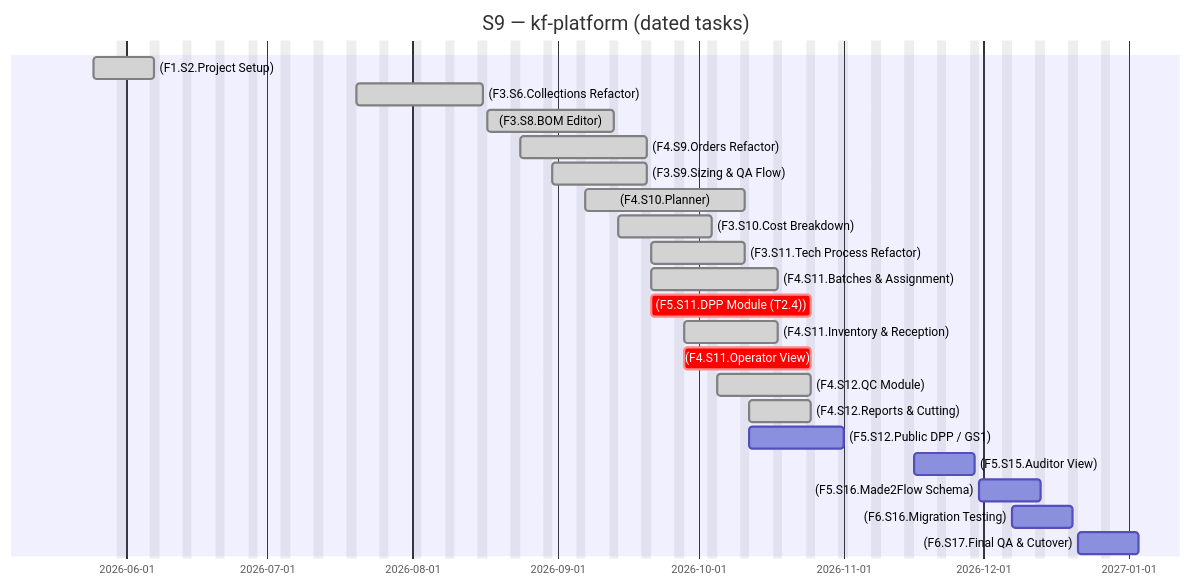
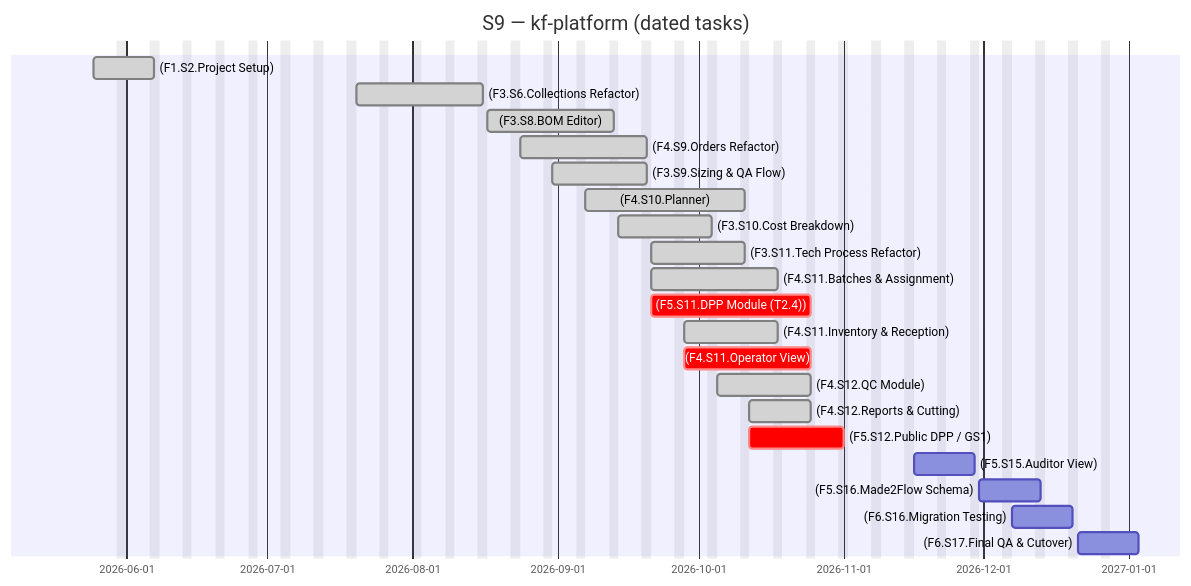
One commit to Katty-Fashion/kf-cpto changed the second of 2 diagrams in docs/_projects/kf-platform.md. Above: the diagram before and after it, drawn with Mermaid. The commit also changed other lines of this file and 16 other files, not shown here.

````diff
--- a/docs/_projects/kf-platform.md
+++ b/docs/_projects/kf-platform.md
@@ -97,26 +97,26 @@
 ```mermaid
 gantt
     title S9 — kf-platform (dated tasks)
     dateFormat YYYY-MM-DD
     excludes weekends
 
     (F1.S2.Project Setup) :done, 2026-05-25, 2026-06-07
     (F3.S6.Collections Refactor) :done, 2026-07-20, 2026-08-16
     (F3.S8.BOM Editor) :done, 2026-08-17, 2026-09-13
     (F4.S9.Orders Refactor) :done, 2026-08-24, 2026-09-20
     (F3.S9.Sizing & QA Flow) :done, 2026-08-31, 2026-09-20
     (F4.S10.Planner) :done, 2026-09-07, 2026-10-11
     (F3.S10.Cost Breakdown) :done, 2026-09-14, 2026-10-04
     (F3.S11.Tech Process Refactor) :done, 2026-09-21, 2026-10-11
     (F4.S11.Batches & Assignment) :done, 2026-09-21, 2026-10-18
     (F5.S11.DPP Module (T2.4)) :crit, 2026-09-21, 2026-10-25
     (F4.S11.Inventory & Reception) :done, 2026-09-28, 2026-10-18
     (F4.S11.Operator View) :crit, 2026-09-28, 2026-10-25
     (F4.S12.QC Module) :done, 2026-10-05, 2026-10-25
     (F4.S12.Reports & Cutting) :done, 2026-10-12, 2026-10-25
-    (F5.S12.Public DPP / GS1) :2026-10-12, 2026-11-01
+    (F5.S12.Public DPP / GS1) :crit, 2026-10-12, 2026-11-01
     (F5.S15.Auditor View) :2026-11-16, 2026-11-29
     (F5.S16.Made2Flow Schema) :2026-11-30, 2026-12-13
     (F6.S16.Migration Testing) :2026-12-07, 2026-12-20
     (F6.S17.Final QA & Cutover) :2026-12-21, 2027-01-03
 ```
````
